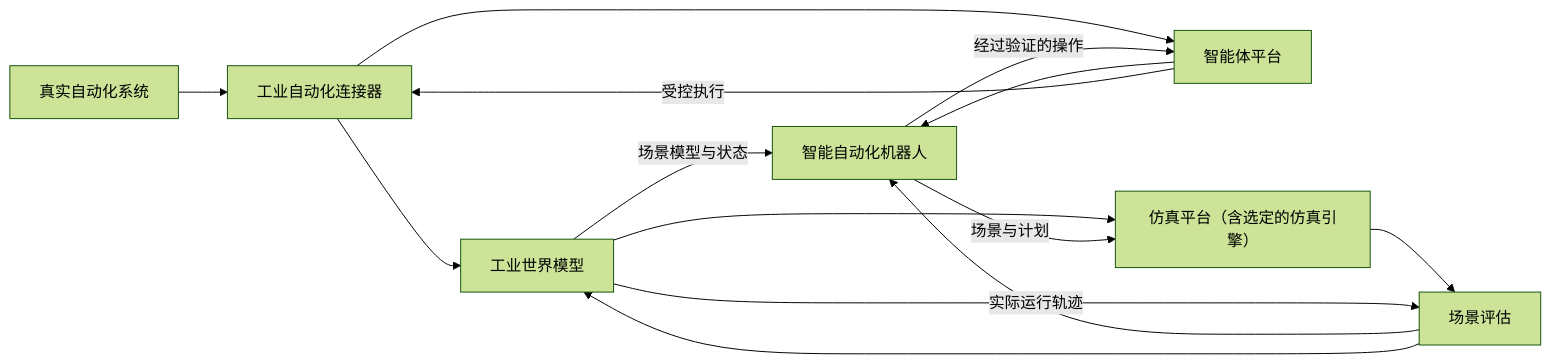
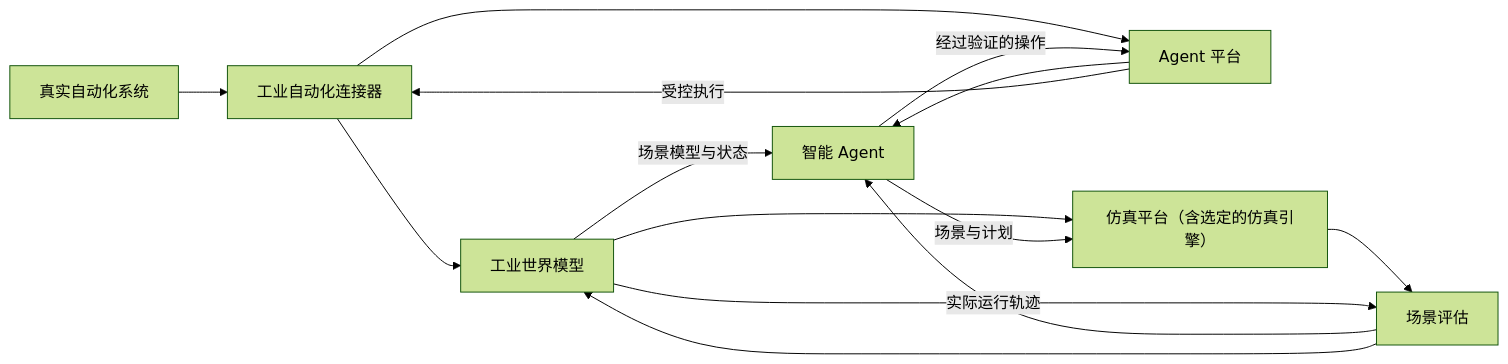
One commit to simulator-bot/.github changed the diagram in README.zh-CN.md. Above: the diagram before and after it, drawn with Mermaid (forest theme). The commit also changed other lines of this file and 1 other file, not shown here.

Commit message:
Standardize the Chinese translation of intelligent agent

````diff
--- a/README.zh-CN.md
+++ b/README.zh-CN.md
@@ -19,16 +19,16 @@
 ```mermaid
 flowchart LR
     R[真实自动化系统] --> C[工业自动化连接器]
     C --> W[工业世界模型]
-    C --> P[智能体平台]
-    P --> A[智能自动化机器人]
+    C --> P[Agent 平台]
+    P --> A[智能 Agent]
     W -->|场景模型与状态| A
     W --> S[仿真平台（含选定的仿真引擎）]
     A -->|场景与计划| S
     S --> E[场景评估]
     W -->|实际运行轨迹| E
     E --> A
     E --> W
     A -->|经过验证的操作| P
     P -->|受控执行| C
 ```
````
